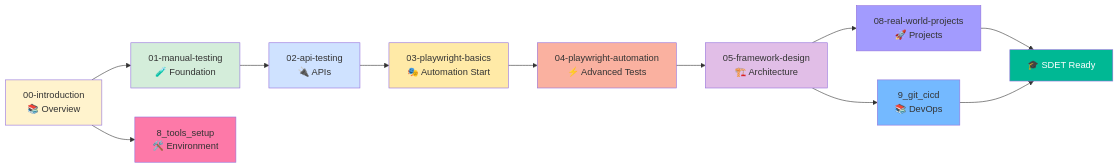
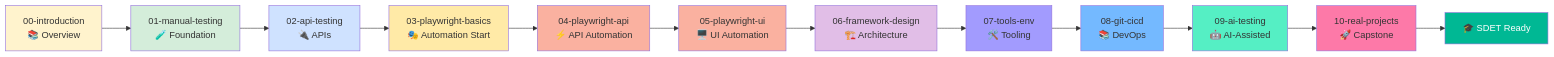
One commit to ghanendra-sdet/qa-to-sdet-roadmap changed the second of 3 diagrams in 00-introduction/repo_structure.md. Above: the diagram before and after it, drawn with Mermaid. The commit also changed other lines of this file and 23 other files, not shown here.

````diff
--- a/00-introduction/repo_structure.md
+++ b/00-introduction/repo_structure.md
@@ -460,30 +411,27 @@
 ```mermaid
 graph LR
     M00[00-introduction<br/>📚 Overview] --> M01[01-manual-testing<br/>🧪 Foundation]
-    M00 --> M8[8_tools_setup<br/>🛠️ Environment]
-    
     M01 --> M02[02-api-testing<br/>🔌 APIs]
-    
     M02 --> M03[03-playwright-basics<br/>🎭 Automation Start]
-    
-    M03 --> M04[04-playwright-automation<br/>⚡ Advanced Tests]
-    
-    M04 --> M05[05-framework-design<br/>🏗️ Architecture]
-    
-    M05 --> M08[08-real-world-projects<br/>🚀 Projects]
-    M05 --> M9[9_git_cicd<br/>📚 DevOps]
-    
-    M08 --> SDET[🎓 SDET Ready]
-    M9 --> SDET
-    
+    M03 --> M04[04-playwright-api<br/>⚡ API Automation]
+    M04 --> M05[05-playwright-ui<br/>🖥️ UI Automation]
+    M05 --> M06[06-framework-design<br/>🏗️ Architecture]
+    M06 --> M07[07-tools-env<br/>🛠️ Tooling]
+    M07 --> M08[08-git-cicd<br/>📚 DevOps]
+    M08 --> M09[09-ai-testing<br/>🤖 AI-Assisted]
+    M09 --> M10[10-real-projects<br/>🚀 Capstone]
+    M10 --> SDET[🎓 SDET Ready]
+
     style M00 fill:#fff3cd
     style M01 fill:#d4edda
     style M02 fill:#cfe2ff
     style M03 fill:#ffeaa7
     style M04 fill:#fab1a0
-    style M05 fill:#e1bee7
-    style M08 fill:#a29bfe
-    style M8 fill:#fd79a8
-    style M9 fill:#74b9ff
+    style M05 fill:#fab1a0
+    style M06 fill:#e1bee7
+    style M07 fill:#a29bfe
+    style M08 fill:#74b9ff
+    style M09 fill:#55efc4
+    style M10 fill:#fd79a8
     style SDET fill:#00b894,color:#fff
 ```
````
